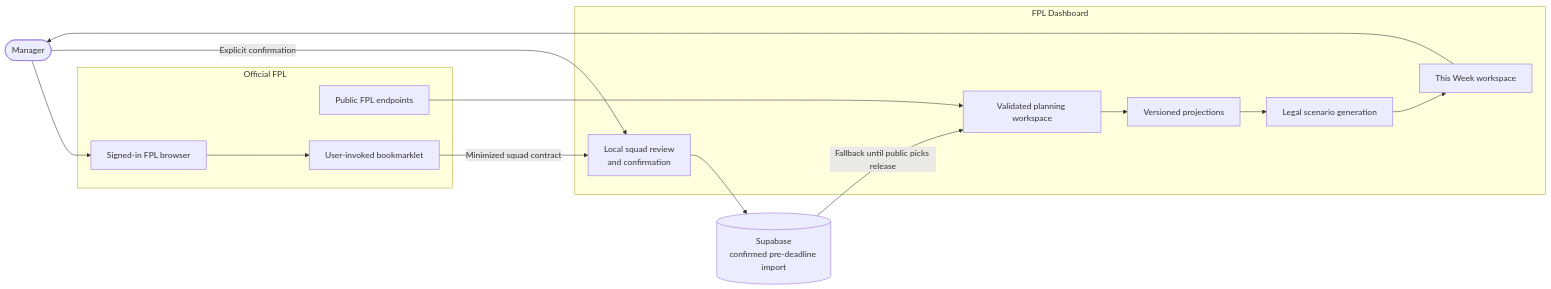
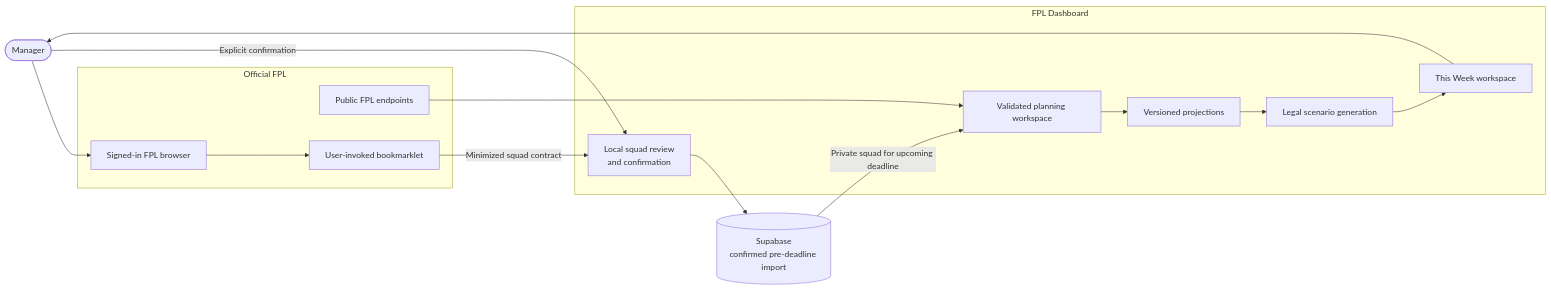
One commit to luoxiaobin/FPL_Dashboard changed the diagram in README.md. Above: the diagram before and after it, drawn with Mermaid. The commit also changed other lines of this file and 15 other files, not shown here.

````diff
--- a/README.md
+++ b/README.md
@@ -95,33 +95,33 @@
 ```mermaid
 flowchart LR
   Manager([Manager])
 
   subgraph FPL[Official FPL]
     Public[Public FPL endpoints]
     Browser[Signed-in FPL browser]
     Bookmarklet[User-invoked bookmarklet]
   end
 
   subgraph Dashboard[FPL Dashboard]
     Review[Local squad review<br/>and confirmation]
     Gateway[Validated planning workspace]
     Projections[Versioned projections]
     Scenarios[Legal scenario generation]
     ThisWeek[This Week workspace]
   end
 
   Store[(Supabase<br/>confirmed pre-deadline import)]
 
   Manager --> Browser
   Browser --> Bookmarklet
   Bookmarklet -->|Minimized squad contract| Review
   Manager -->|Explicit confirmation| Review
   Review --> Store
 
   Public --> Gateway
-  Store -->|Fallback until public picks release| Gateway
+  Store -->|Private squad for upcoming deadline| Gateway
   Gateway --> Projections
   Projections --> Scenarios
   Scenarios --> ThisWeek
   ThisWeek --> Manager
 ```
````
